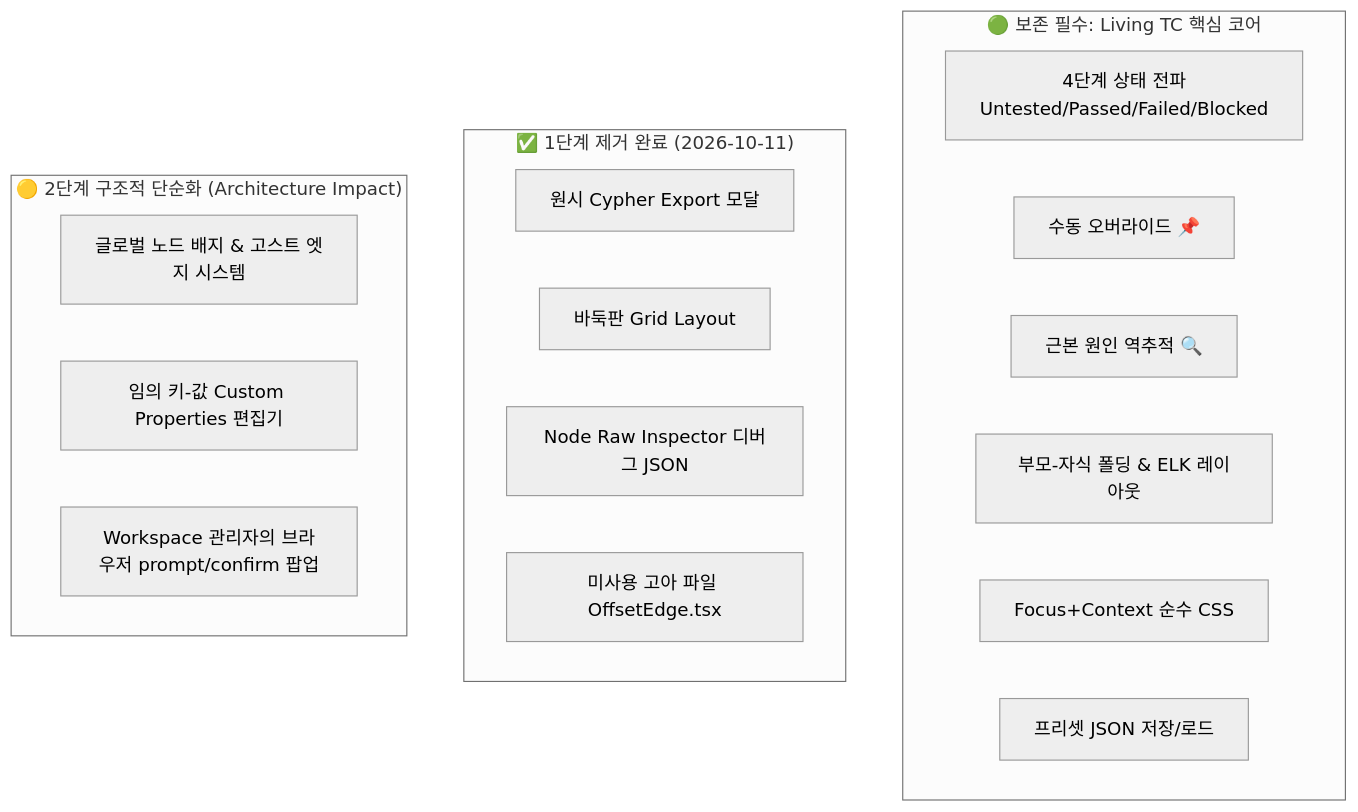
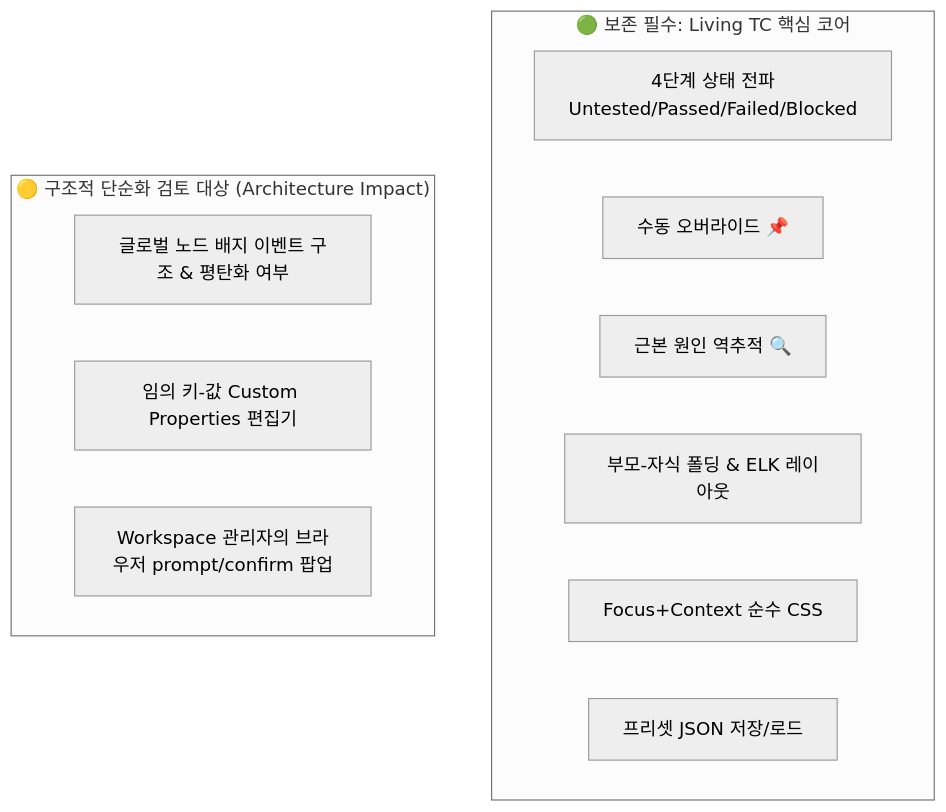
The diagram in FEATURE_PRUNING_GUIDE.md (SDDON/Coveragemap), drawn with Mermaid (neutral theme) before and after one commit. The commit also changed other lines of this file and 10 other files, not shown here.

````diff
--- a/FEATURE_PRUNING_GUIDE.md
+++ b/FEATURE_PRUNING_GUIDE.md
@@ -15,24 +15,17 @@
 ```mermaid
 graph TD
     subgraph Core [" 🟢 보존 필수: Living TC 핵심 코어 "]
         A[4단계 상태 전파<br/>Untested/Passed/Failed/Blocked]
         B[수동 오버라이드 📌]
         C[근본 원인 역추적 🔍]
         D[부모-자식 폴딩 & ELK 레이아웃]
         E[Focus+Context 순수 CSS]
         F[프리셋 JSON 저장/로드]
     end
 
-    subgraph Tier1 [" ✅ 1단계 제거 완료 (2026-10-11) "]
-        G[원시 Cypher Export 모달]
-        H[바둑판 Grid Layout]
-        I[Node Raw Inspector 디버그 JSON]
-        J[미사용 고아 파일 OffsetEdge.tsx]
-    end
-
-    subgraph Tier2 [" 🟡 2단계 구조적 단순화 (Architecture Impact) "]
-        K[글로벌 노드 배지 & 고스트 엣지 시스템]
+    subgraph Simplification [" 🟡 구조적 단순화 검토 대상 (Architecture Impact) "]
+        K[글로벌 노드 배지 이벤트 구조 & 평탄화 여부]
         L[임의 키-값 Custom Properties 편집기]
         M[Workspace 관리자의 브라우저 prompt/confirm 팝업]
     end
 ```
````
